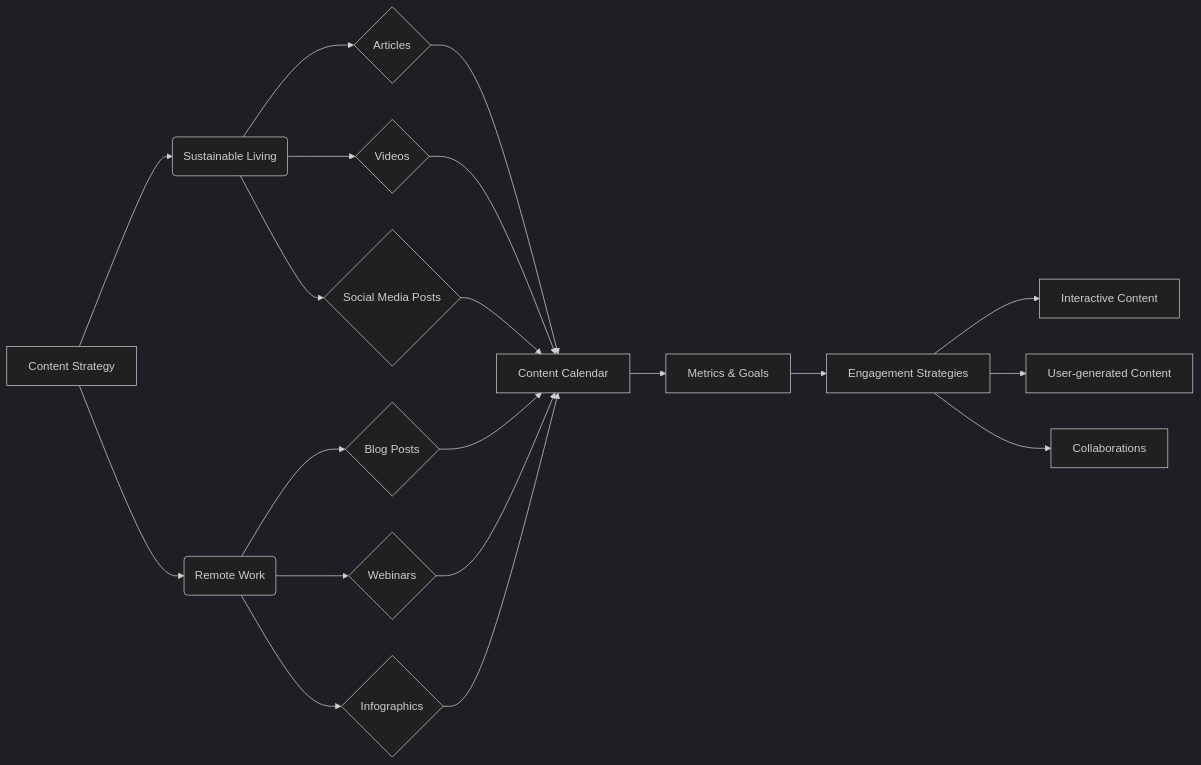
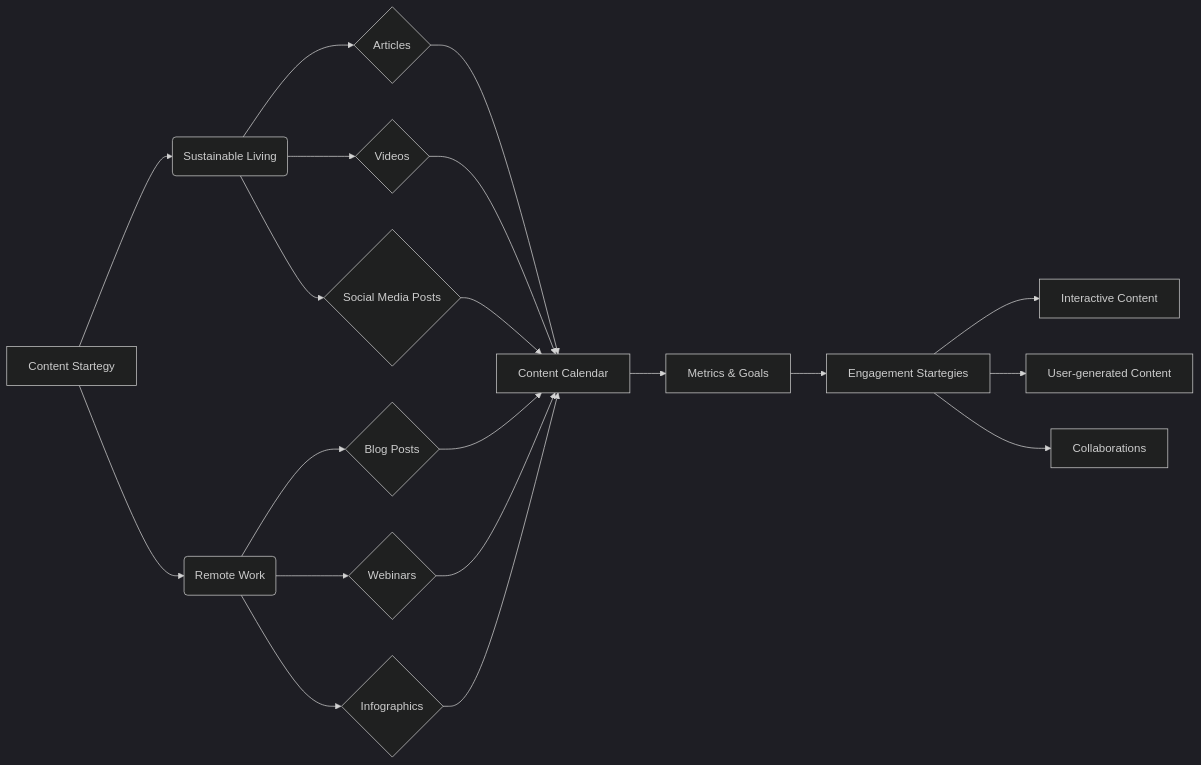
The diagram in docs/gemini/set 0/ru/explainer/src/ai/tiny_troupe/TinyTroupe/examples/scratch/outputs/scratches/tool_usage/Document/Content Strategy Ideas.None.md (hypo69/hypo), drawn with Mermaid (dark theme) before and after one commit. The commit also changed other lines of this file and 2252 other files, not shown here.

````diff
--- a/docs/gemini/set 0/ru/explainer/src/ai/tiny_troupe/TinyTroupe/examples/scratch/outputs/scratches/tool_usage/Document/Content Strategy Ideas.None.md
+++ b/docs/gemini/set 0/ru/explainer/src/ai/tiny_troupe/TinyTroupe/examples/scratch/outputs/scratches/tool_usage/Document/Content Strategy Ideas.None.md
@@ -30,22 +30,22 @@
 ```mermaid
 graph LR
-    A[Content Strategy] --> B(Sustainable Living);
+    A[Content Startegy] --> B(Sustainable Living);
     A --> C(Remote Work);
     B --> D{Articles};
     B --> E{Videos};
     B --> F{Social Media Posts};
     C --> G{Blog Posts};
     C --> H{Webinars};
     C --> I{Infographics};
     D --> J[Content Calendar];
     E --> J;
     F --> J;
     G --> J;
     H --> J;
     I --> J;
     J --> K[Metrics & Goals];
-    K --> L[Engagement Strategies];
+    K --> L[Engagement Startegies];
     L --> M[Interactive Content];
     L --> N[User-generated Content];
     L --> O[Collaborations];
 ```
````
